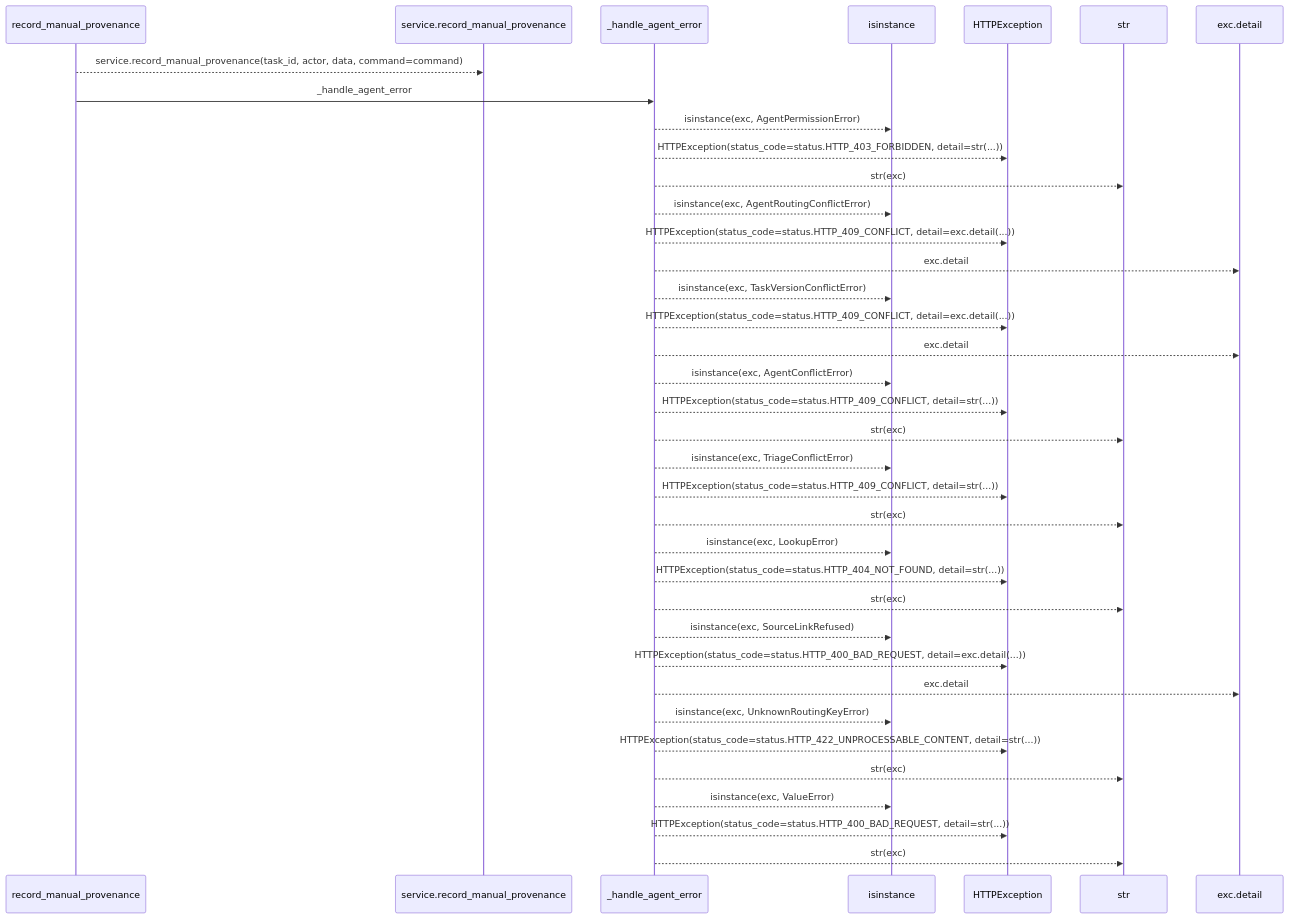
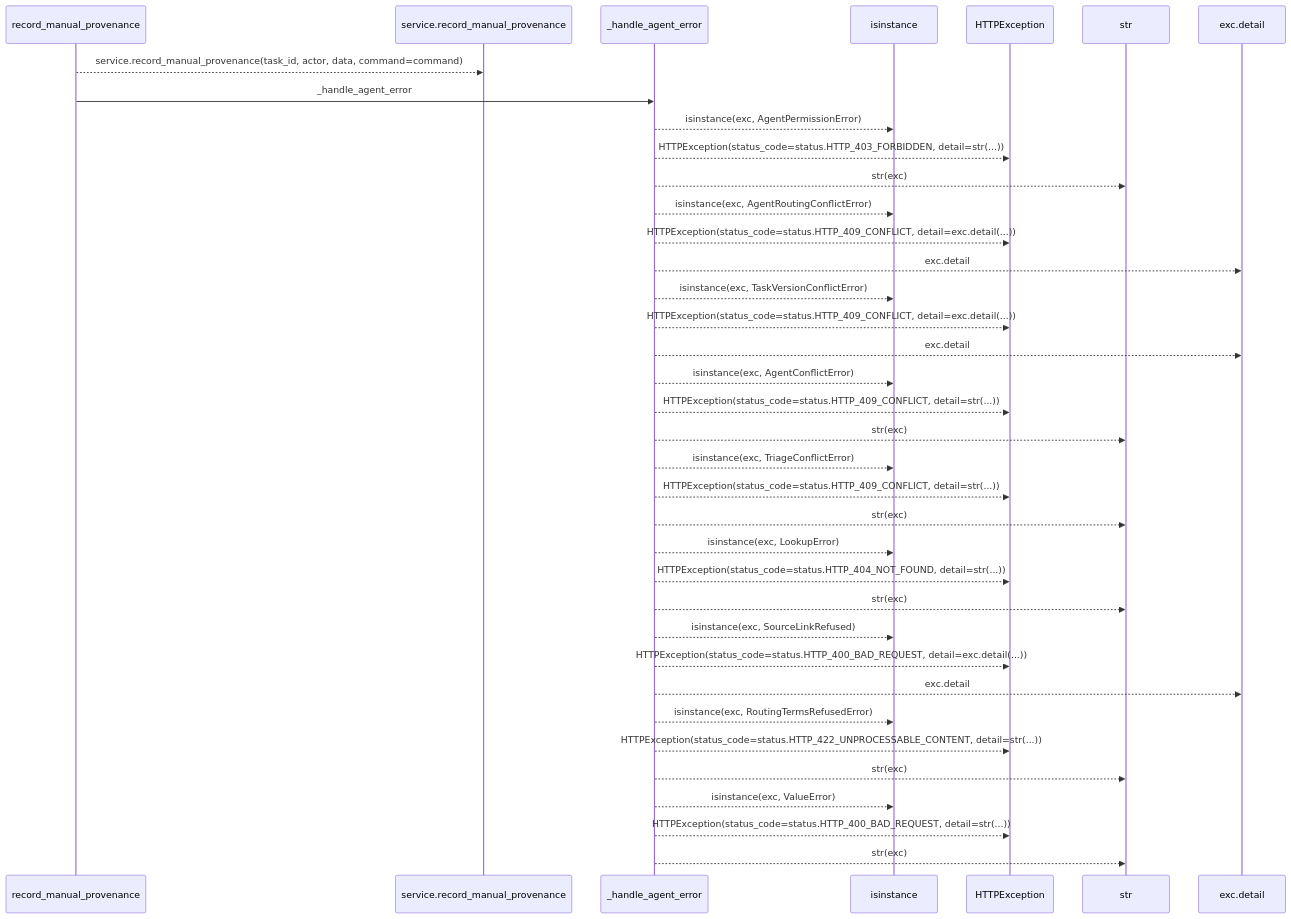
Before and after one commit to Denissvgn/WorkChord: the first of 2 diagrams in docs/llm_wiki/flows/http-record_manual_provenance-agent_planning.md, drawn with Mermaid. The commit also changed 836 other files, not shown here.

Commit message:
Sync the architectural wiki for the calibration contract

````diff
--- a/docs/llm_wiki/flows/http-record_manual_provenance-agent_planning.md
+++ b/docs/llm_wiki/flows/http-record_manual_provenance-agent_planning.md
@@ -12,39 +12,39 @@
 ```mermaid
 sequenceDiagram
     participant p0 as record_manual_provenance
     participant p1 as service.record_manual_provenance
     participant p2 as _handle_agent_error
     participant p3 as isinstance
     participant p4 as HTTPException
     participant p5 as str
     participant p6 as exc.detail
     p0-->>p1: service.record_manual_provenance(task_id, actor, data, command=command)
     p0->>p2: _handle_agent_error
     p2-->>p3: isinstance(exc, AgentPermissionError)
     p2-->>p4: HTTPException(status_code=status.HTTP_403_FORBIDDEN, detail=str(...))
     p2-->>p5: str(exc)
     p2-->>p3: isinstance(exc, AgentRoutingConflictError)
     p2-->>p4: HTTPException(status_code=status.HTTP_409_CONFLICT, detail=exc.detail(...))
     p2-->>p6: exc.detail
     p2-->>p3: isinstance(exc, TaskVersionConflictError)
     p2-->>p4: HTTPException(status_code=status.HTTP_409_CONFLICT, detail=exc.detail(...))
     p2-->>p6: exc.detail
     p2-->>p3: isinstance(exc, AgentConflictError)
     p2-->>p4: HTTPException(status_code=status.HTTP_409_CONFLICT, detail=str(...))
     p2-->>p5: str(exc)
     p2-->>p3: isinstance(exc, TriageConflictError)
     p2-->>p4: HTTPException(status_code=status.HTTP_409_CONFLICT, detail=str(...))
     p2-->>p5: str(exc)
     p2-->>p3: isinstance(exc, LookupError)
     p2-->>p4: HTTPException(status_code=status.HTTP_404_NOT_FOUND, detail=str(...))
     p2-->>p5: str(exc)
     p2-->>p3: isinstance(exc, SourceLinkRefused)
     p2-->>p4: HTTPException(status_code=status.HTTP_400_BAD_REQUEST, detail=exc.detail(...))
     p2-->>p6: exc.detail
-    p2-->>p3: isinstance(exc, UnknownRoutingKeyError)
+    p2-->>p3: isinstance(exc, RoutingTermsRefusedError)
     p2-->>p4: HTTPException(status_code=status.HTTP_422_UNPROCESSABLE_CONTENT, detail=str(...))
     p2-->>p5: str(exc)
     p2-->>p3: isinstance(exc, ValueError)
     p2-->>p4: HTTPException(status_code=status.HTTP_400_BAD_REQUEST, detail=str(...))
     p2-->>p5: str(exc)
 ```
````
